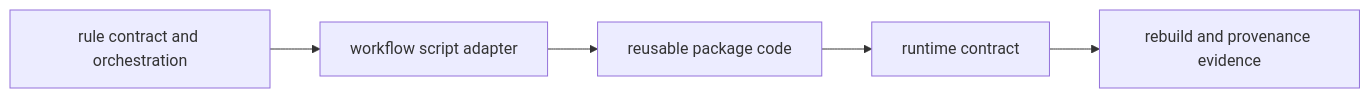
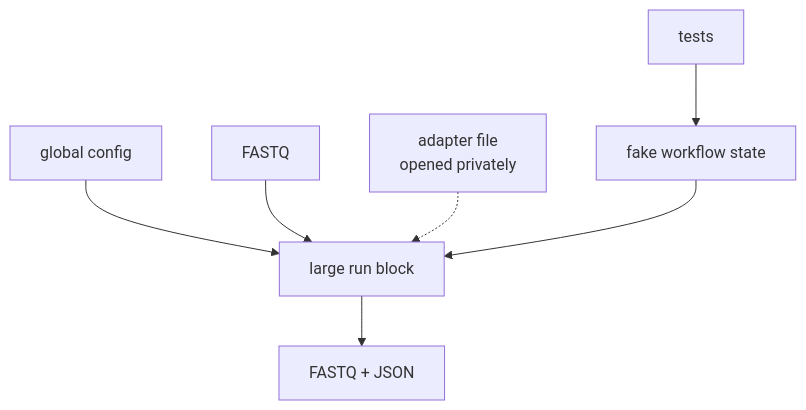
Before and after one commit to bijux/bijux-masterclass: the first of 2 diagrams in programs/reproducible-research/deep-dive-snakemake/course-book/module-05-software-boundaries-reproducible-rules/worked-example-moving-a-workflow-across-the-software-boundary-safely.md, drawn with Mermaid. The commit also changed other lines of this file, not shown here.

````diff
--- a/programs/reproducible-research/deep-dive-snakemake/course-book/module-05-software-boundaries-reproducible-rules/worked-example-moving-a-workflow-across-the-software-boundary-safely.md
+++ b/programs/reproducible-research/deep-dive-snakemake/course-book/module-05-software-boundaries-reproducible-rules/worked-example-moving-a-workflow-across-the-software-boundary-safely.md
@@ -130,10 +30,8 @@
 ```mermaid
-flowchart LR
-  contract["rule contract and orchestration"]
-  adapter["workflow script adapter"]
-  package["reusable package code"]
-  runtime["runtime contract"]
-  provenance["rebuild and provenance evidence"]
-
-  contract --> adapter --> package --> runtime --> provenance
+flowchart TD
+  config["global config"] --> run["large run block"]
+  fastq["FASTQ"] --> run
+  adapters["adapter file\nopened privately"] -.-> run
+  run --> output["FASTQ + JSON"]
+  tests["tests"] --> fake["fake workflow state"] --> run
 ```
````
